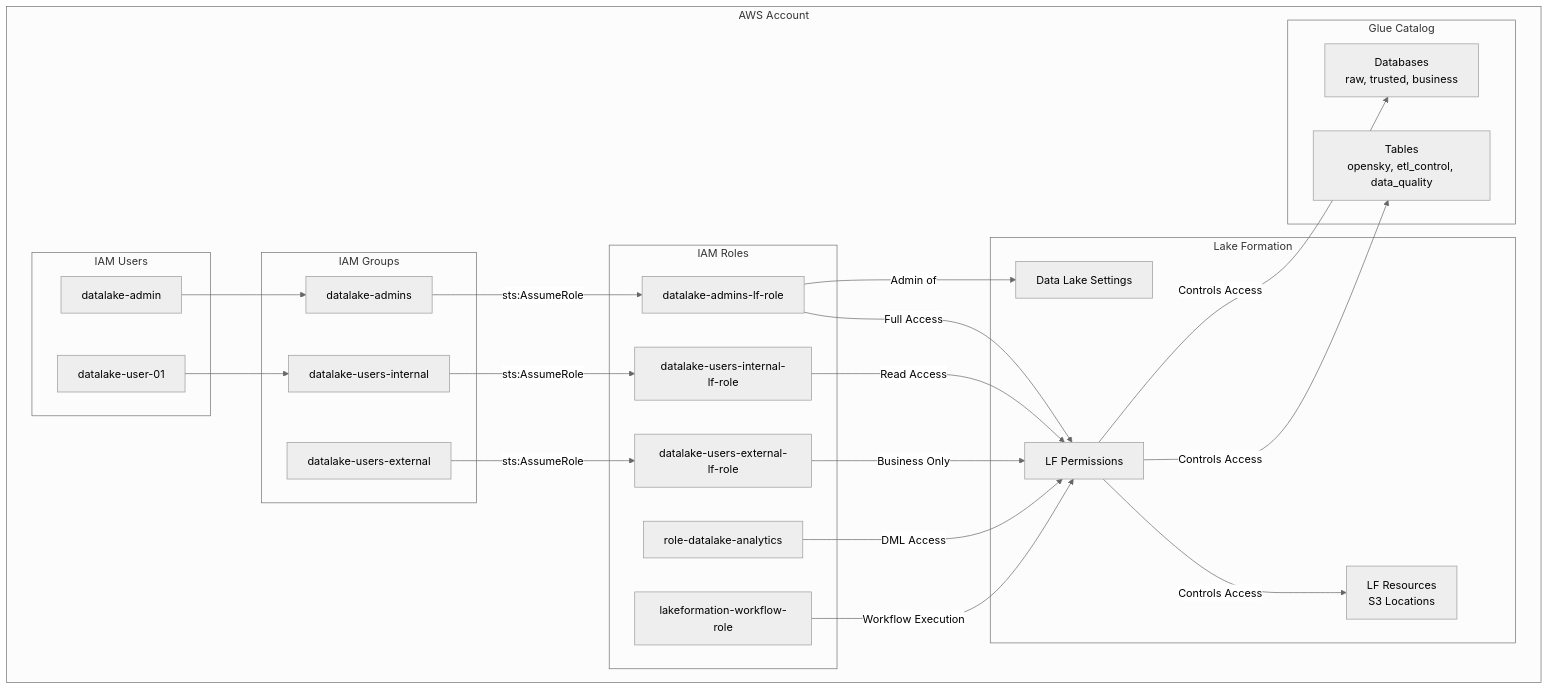
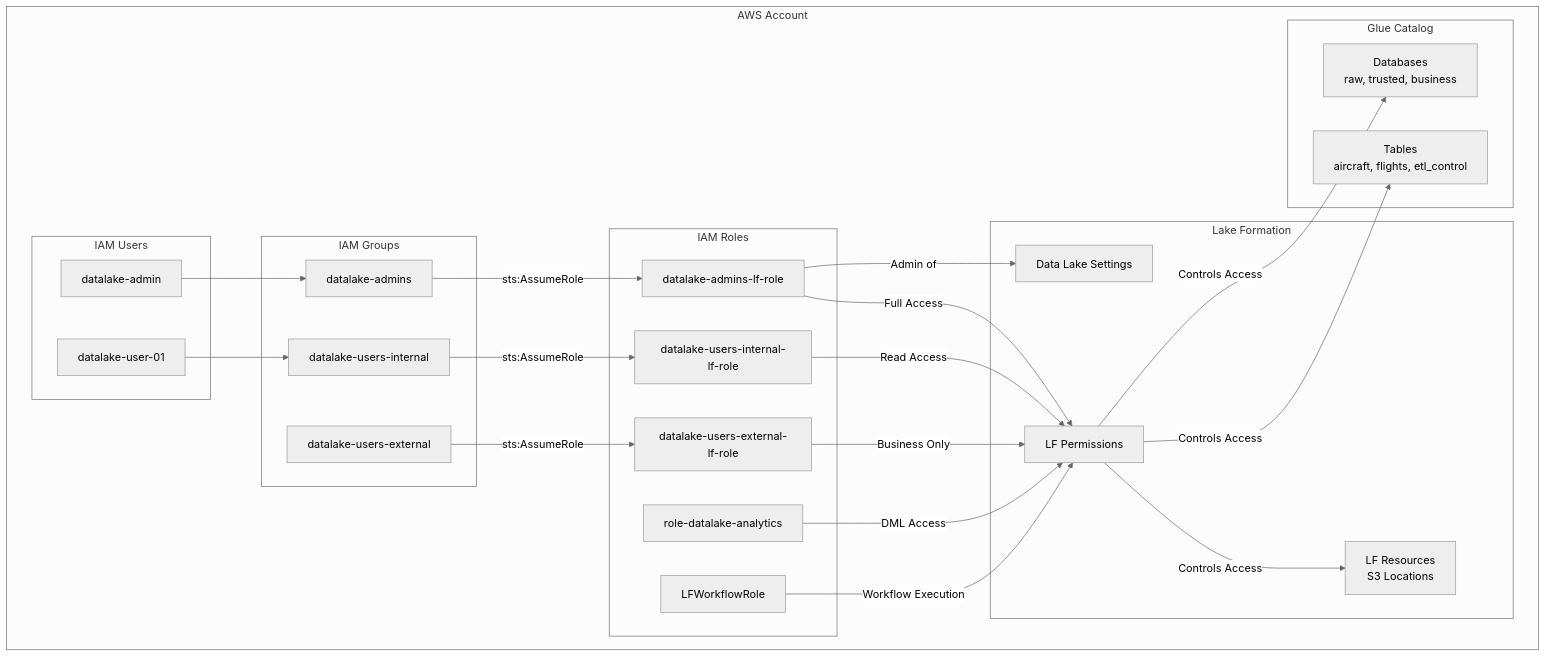
One commit to jamilvilela/aws-data-lakehouse changed the fourth of 4 diagrams in docs/sdd/architecture.md. Above: the diagram before and after it, drawn with Mermaid (neutral theme). The commit also changed other lines of this file and 37 other files, not shown here.

````diff
--- a/docs/sdd/architecture.md
+++ b/docs/sdd/architecture.md
@@ -146,53 +146,53 @@
 ```mermaid
 graph TD
     subgraph "AWS Account"
         subgraph "IAM Users"
             Admin[datalake-admin]
             User1[datalake-user-01]
         end
 
         subgraph "IAM Groups"
             GAdmin[datalake-admins]
             GInternal[datalake-users-internal]
             GExternal[datalake-users-external]
         end
 
         subgraph "IAM Roles"
             RAdmin[datalake-admins-lf-role]
             RInternal[datalake-users-internal-lf-role]
             RExternal[datalake-users-external-lf-role]
-            RWorkflow[lakeformation-workflow-role]
+            RWorkflow[LFWorkflowRole]
             RService[role-datalake-analytics]
         end
 
         subgraph "Lake Formation"
             LFSettings[Data Lake Settings]
             LFPerms[LF Permissions]
             LFResources[LF Resources<br/>S3 Locations]
         end
 
         subgraph "Glue Catalog"
             GLDB[Databases<br/>raw, trusted, business]
-            GLTables[Tables<br/>opensky, etl_control, data_quality]
+            GLTables[Tables<br/>aircraft, flights, etl_control]
         end
 
         Admin --> GAdmin
         User1 --> GInternal
         
         GAdmin -->|sts:AssumeRole| RAdmin
         GInternal -->|sts:AssumeRole| RInternal
         GExternal -->|sts:AssumeRole| RExternal
 
         RAdmin -->|Admin of| LFSettings
         RAdmin -->|Full Access| LFPerms
         RInternal -->|Read Access| LFPerms
         RExternal -->|Business Only| LFPerms
         
         RService -->|DML Access| LFPerms
         RWorkflow -->|Workflow Execution| LFPerms
 
         LFPerms -->|Controls Access| LFResources
         LFPerms -->|Controls Access| GLDB
         LFPerms -->|Controls Access| GLTables
     end
 ```
````
